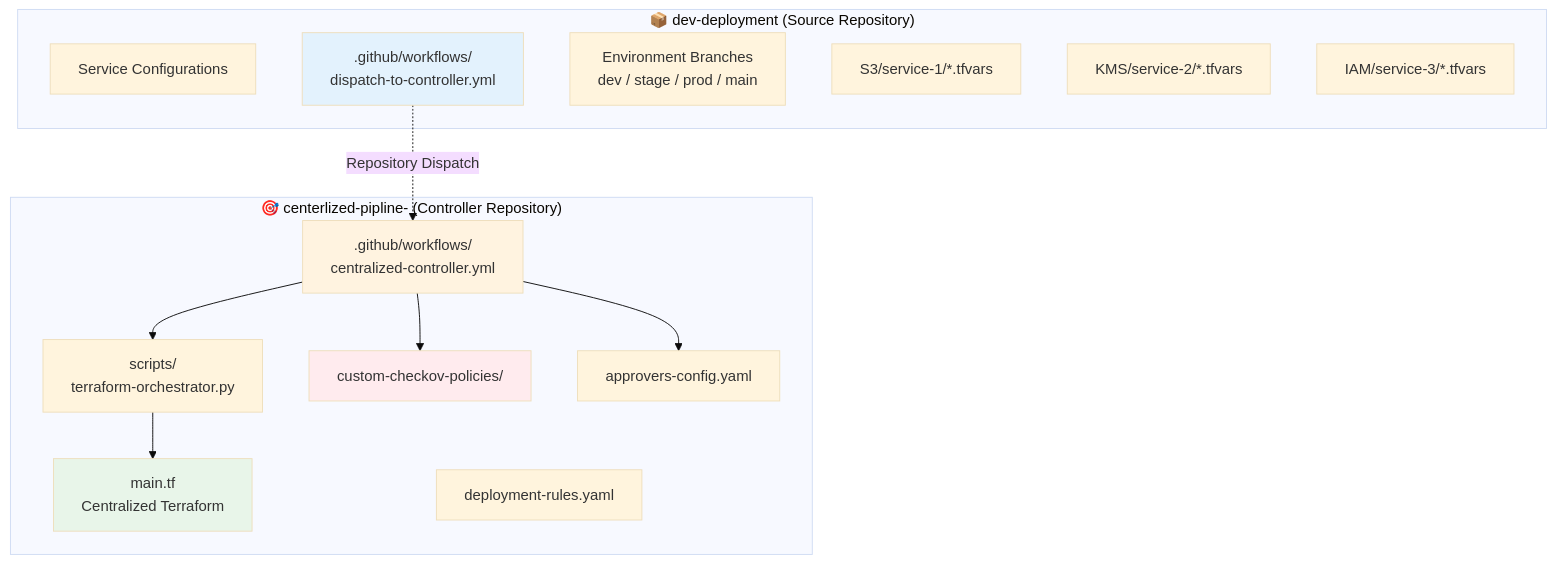
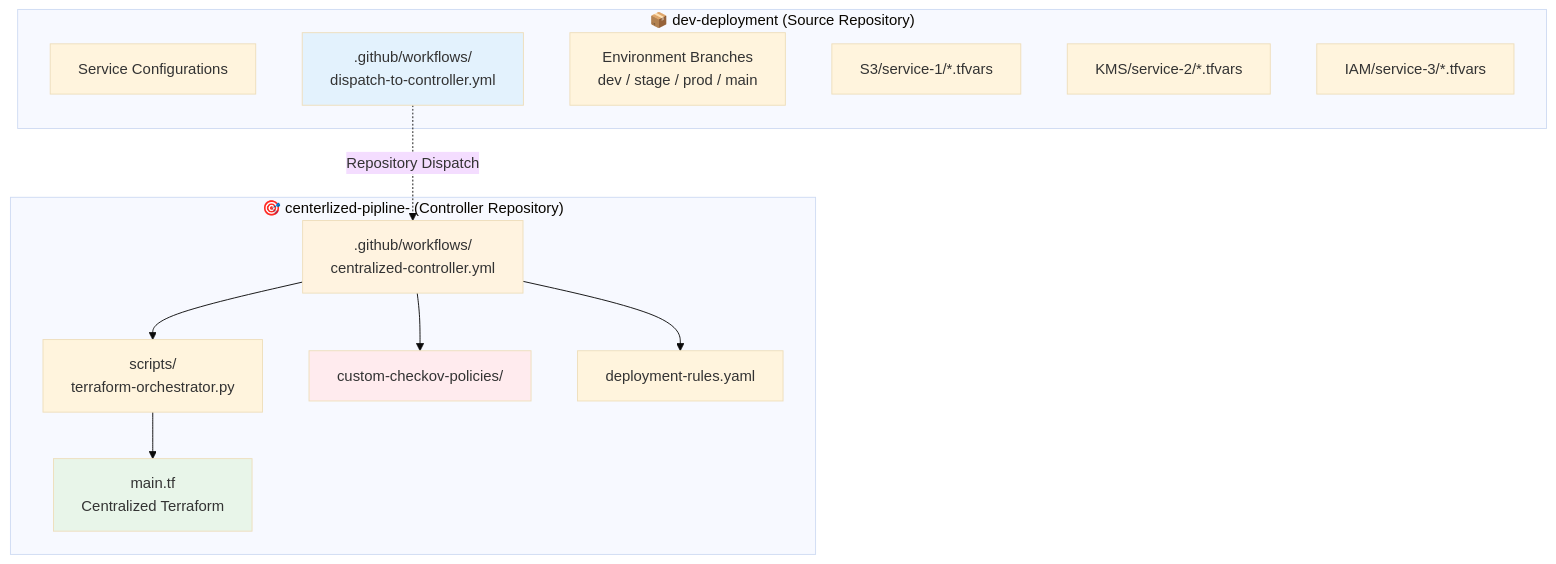
Before and after one commit to Terraform-centilazed-pipline/centerlized-pipline-: diagram 20 of 22 in EXECUTIVE-WORKFLOW-OVERVIEW.md, drawn with Mermaid (base theme). The commit also changed other lines of this file, not shown here.

````diff
--- a/EXECUTIVE-WORKFLOW-OVERVIEW.md
+++ b/EXECUTIVE-WORKFLOW-OVERVIEW.md
@@ -1052,32 +1081,31 @@
 ```mermaid
 graph TB
     subgraph "📦 dev-deployment (Source Repository)"
         D1[Service Configurations]
         D2[.github/workflows/<br/>dispatch-to-controller.yml]
         D3[Environment Branches<br/>dev / stage / prod / main]
         
         D4[S3/service-1/*.tfvars]
         D5[KMS/service-2/*.tfvars]
         D6[IAM/service-3/*.tfvars]
     end
     
     subgraph "🎯 centerlized-pipline- (Controller Repository)"
         C1[.github/workflows/<br/>centralized-controller.yml]
         C2[scripts/<br/>terraform-orchestrator.py]
         C3[main.tf<br/>Centralized Terraform]
         C4[custom-checkov-policies/]
-        C5[approvers-config.yaml]
-        C6[deployment-rules.yaml]
+        C5[deployment-rules.yaml]
     end
     
     D2 -.->|Repository Dispatch| C1
     C1 --> C2
     C2 --> C3
     C1 --> C4
     C1 --> C5
     
     style D2 fill:#e3f2fd
     style C1 fill:#fff3e0
     style C3 fill:#e8f5e9
     style C4 fill:#ffebee
 ```
````
